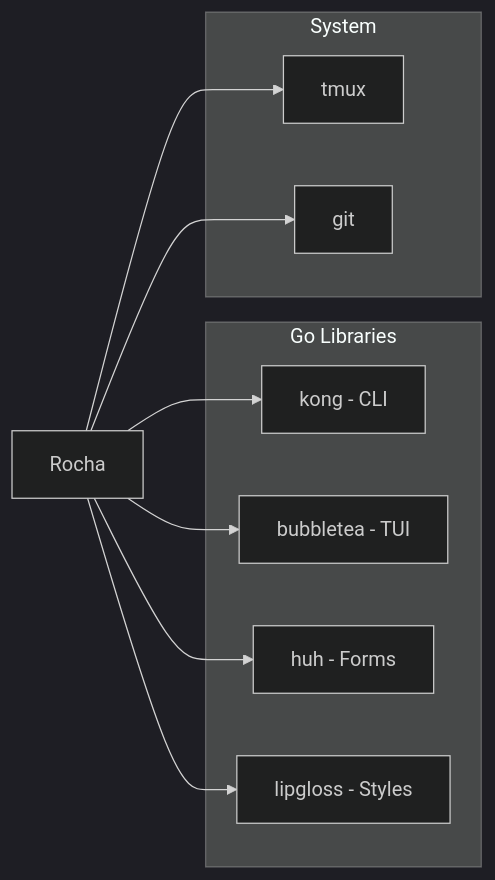
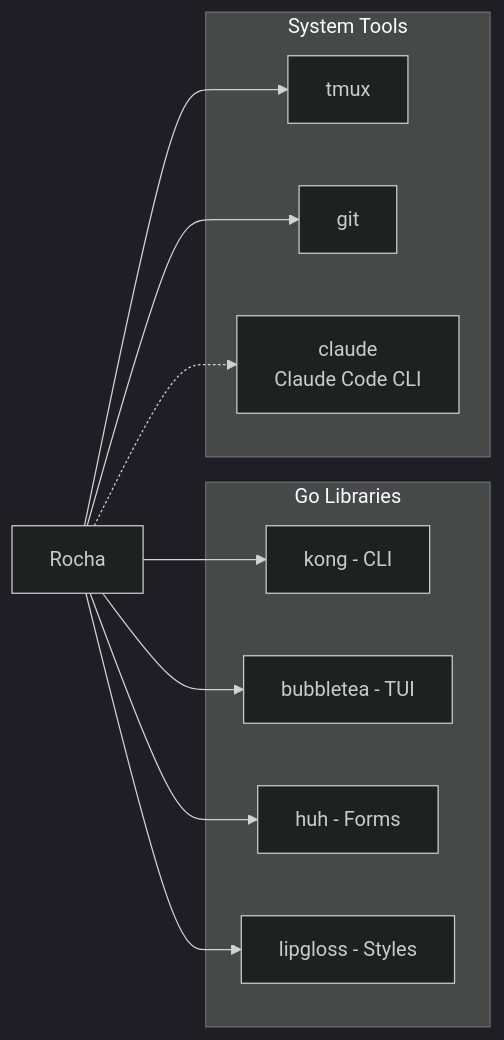
Before and after one commit to renato0307/rocha: the fourth of 4 diagrams in ARCHITECTURE.md, drawn with Mermaid (dark theme). The commit also changed other lines of this file and 6 other files, not shown here.

````diff
--- a/ARCHITECTURE.md
+++ b/ARCHITECTURE.md
@@ -144,21 +194,23 @@
 ```mermaid
 graph LR
     subgraph "Go Libraries"
         KONG[kong - CLI]
         BT[bubbletea - TUI]
         HUH[huh - Forms]
         LG[lipgloss - Styles]
     end
 
-    subgraph "System"
+    subgraph "System Tools"
         TMUX[tmux]
         GIT[git]
+        CLAUDE[claude<br/>Claude Code CLI]
     end
 
     APP[Rocha] --> KONG
     APP --> BT
     APP --> HUH
     APP --> LG
     APP --> TMUX
     APP --> GIT
+    APP -.-> CLAUDE
 ```
````
